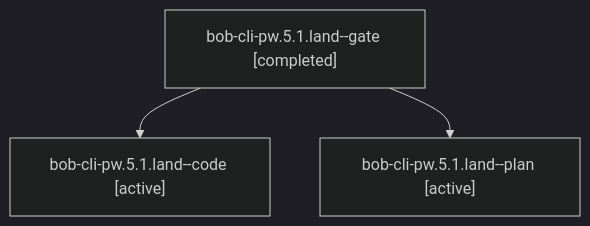
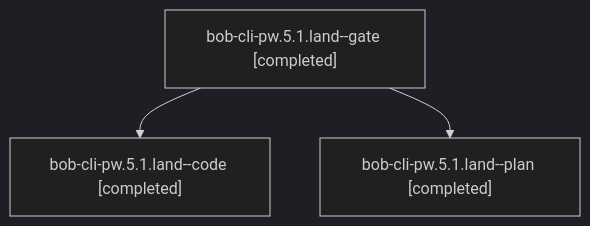
Before and after one commit to bobs-org/bob-cli--agents: the diagram in sessions/bbugyi200.apollo.bob-cli-pw.5.1.land.md, drawn with Mermaid (dark theme). The commit also changed other lines of this file and 62 other files, not shown here.

````diff
--- a/sessions/bbugyi200.apollo.bob-cli-pw.5.1.land.md
+++ b/sessions/bbugyi200.apollo.bob-cli-pw.5.1.land.md
@@ -9,8 +9,8 @@
 ```mermaid
 flowchart TD
   n0["bob-cli-pw.5.1.land--gate [completed]"]
-  n1["bob-cli-pw.5.1.land--code [active]"]
+  n1["bob-cli-pw.5.1.land--code [completed]"]
   n0 --> n1
-  n2["bob-cli-pw.5.1.land--plan [active]"]
+  n2["bob-cli-pw.5.1.land--plan [completed]"]
   n0 --> n2
 ```
````
